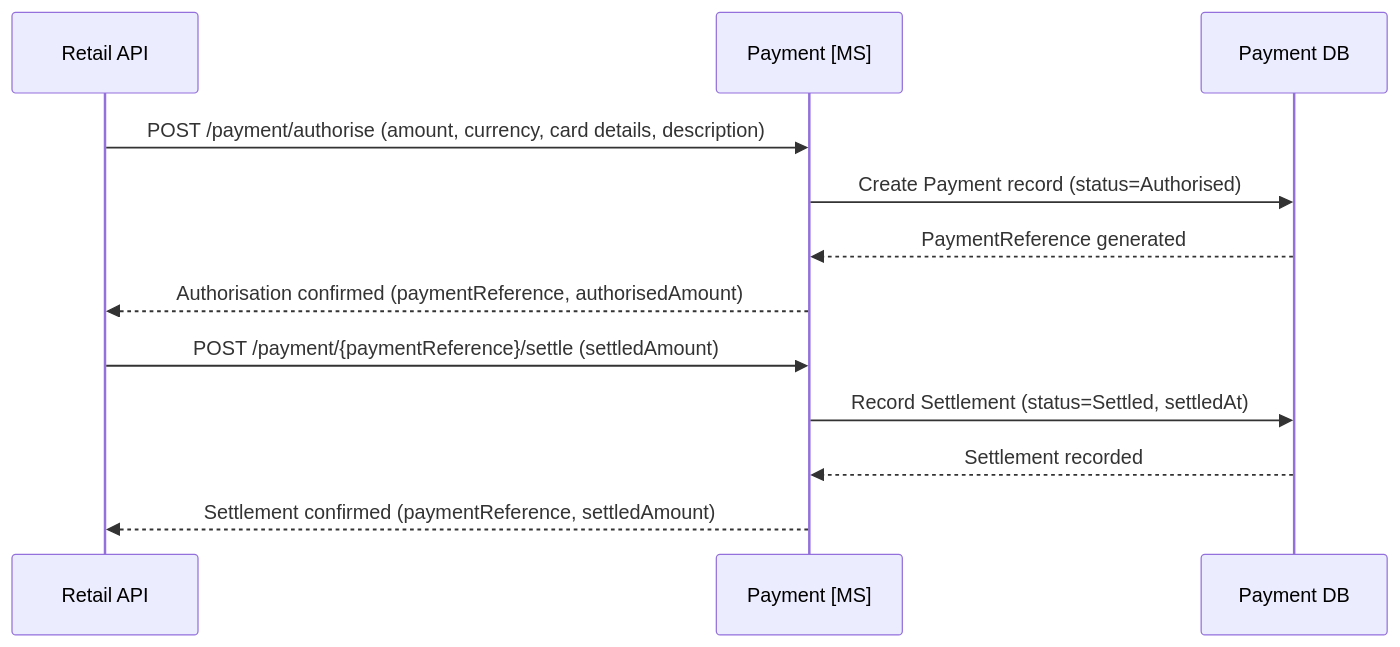
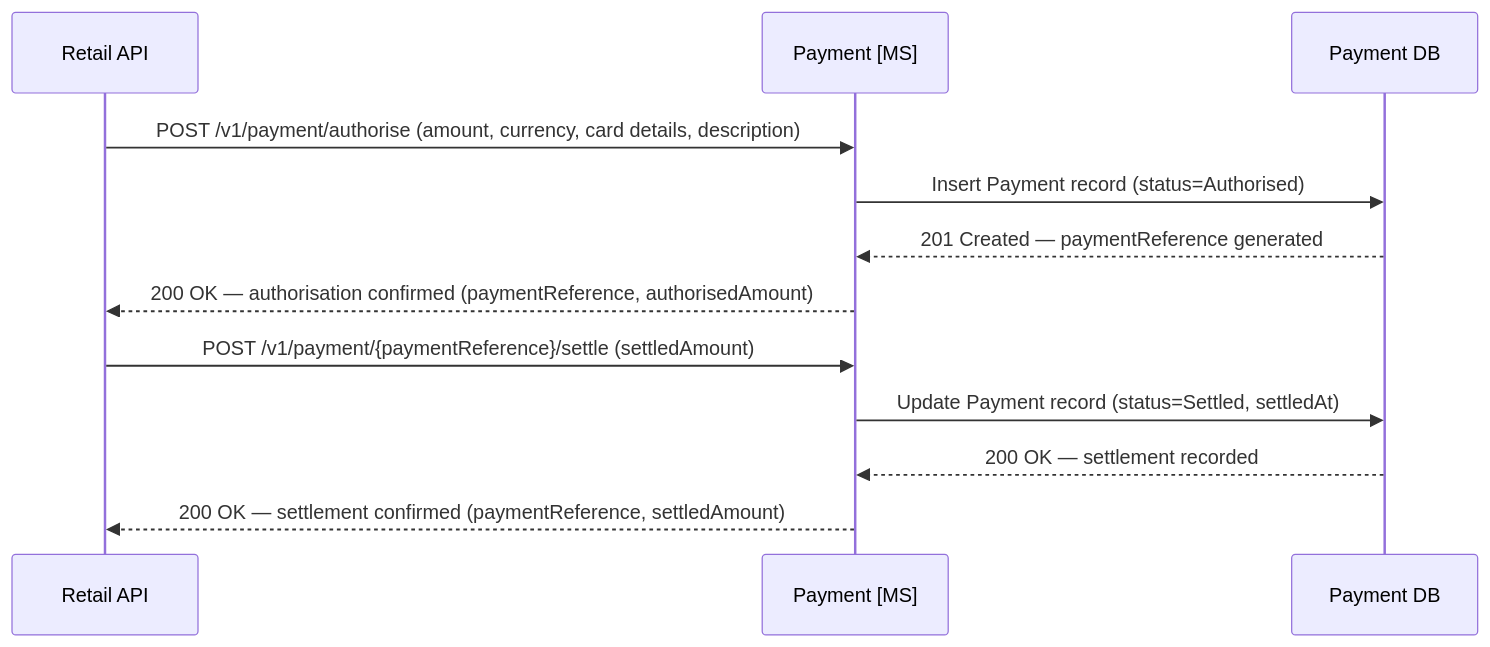
One commit to sebharvey/airline-reservation-system changed the sixth of 12 diagrams in architecture/design.md. Above: the diagram before and after it, drawn with Mermaid. The commit also changed other lines of this file, not shown here.

````diff
--- a/architecture/design.md
+++ b/architecture/design.md
@@ -949,16 +949,16 @@
 ```mermaid
 sequenceDiagram
     participant RetailAPI as Retail API
     participant PaymentMS as Payment [MS]
     participant PaymentDB as Payment DB
 
-    RetailAPI->>PaymentMS: POST /payment/authorise (amount, currency, card details, description)
-    PaymentMS->>PaymentDB: Create Payment record (status=Authorised)
-    PaymentDB-->>PaymentMS: PaymentReference generated
-    PaymentMS-->>RetailAPI: Authorisation confirmed (paymentReference, authorisedAmount)
+    RetailAPI->>PaymentMS: POST /v1/payment/authorise (amount, currency, card details, description)
+    PaymentMS->>PaymentDB: Insert Payment record (status=Authorised)
+    PaymentDB-->>PaymentMS: 201 Created — paymentReference generated
+    PaymentMS-->>RetailAPI: 200 OK — authorisation confirmed (paymentReference, authorisedAmount)
 
-    RetailAPI->>PaymentMS: POST /payment/{paymentReference}/settle (settledAmount)
-    PaymentMS->>PaymentDB: Record Settlement (status=Settled, settledAt)
-    PaymentDB-->>PaymentMS: Settlement recorded
-    PaymentMS-->>RetailAPI: Settlement confirmed (paymentReference, settledAmount)
+    RetailAPI->>PaymentMS: POST /v1/payment/{paymentReference}/settle (settledAmount)
+    PaymentMS->>PaymentDB: Update Payment record (status=Settled, settledAt)
+    PaymentDB-->>PaymentMS: 200 OK — settlement recorded
+    PaymentMS-->>RetailAPI: 200 OK — settlement confirmed (paymentReference, settledAmount)
 ```
````
